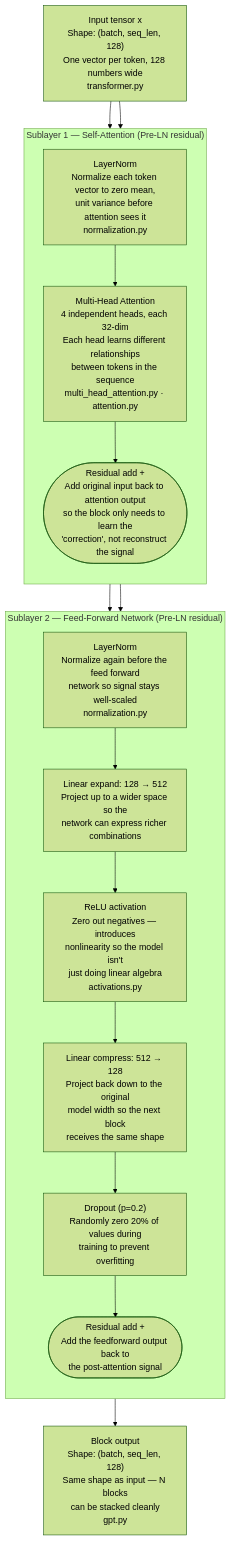
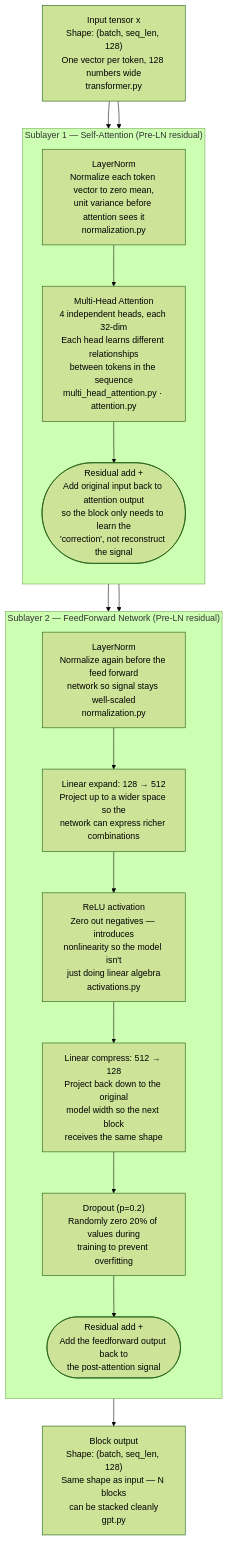
One commit to DasEd955/tunerdesign-gpt changed the second of 4 diagrams in README.md. Above: the diagram before and after it, drawn with Mermaid (forest theme).

````diff
--- a/README.md
+++ b/README.md
@@ -188,31 +188,31 @@
 ```mermaid
 flowchart TD
     IN["Input tensor x\nShape: (batch, seq_len, 128)\nOne vector per token, 128 numbers wide\ntransformer.py"]
 
     subgraph SUBLAYER1["Sublayer 1 — Self-Attention (Pre-LN residual)"]
         direction TB
         LN1["LayerNorm\nNormalize each token vector to zero mean,\nunit variance before attention sees it\nnormalization.py"]
         MHA["Multi-Head Attention\n4 independent heads, each 32-dim\nEach head learns different relationships\nbetween tokens in the sequence\nmulti_head_attention.py · attention.py"]
         ADD1(["Residual add +\nAdd original input back to attention output\nso the block only needs to learn the\n'correction', not reconstruct the signal"])
         LN1 --> MHA --> ADD1
     end
 
-    subgraph SUBLAYER2["Sublayer 2 — Feed-Forward Network (Pre-LN residual)"]
+    subgraph SUBLAYER2["Sublayer 2 — FeedForward Network (Pre-LN residual)"]
         direction TB
         LN2["LayerNorm\nNormalize again before the feed forward\nnetwork so signal stays well-scaled\nnormalization.py"]
         FF1["Linear expand: 128 → 512\nProject up to a wider space so the\nnetwork can express richer combinations"]
         ACT["ReLU activation\nZero out negatives — introduces\nnonlinearity so the model isn't\njust doing linear algebra\nactivations.py"]
         FF2["Linear compress: 512 → 128\nProject back down to the original\nmodel width so the next block\nreceives the same shape"]
         DROP["Dropout (p=0.2)\nRandomly zero 20% of values during\ntraining to prevent overfitting"]
         ADD2(["Residual add +\nAdd the feedforward output back to\nthe post-attention signal"])
         LN2 --> FF1 --> ACT --> FF2 --> DROP --> ADD2
     end
 
     OUT["Block output\nShape: (batch, seq_len, 128)\nSame shape as input — N blocks\ncan be stacked cleanly\ngpt.py"]
 
     IN --> SUBLAYER1
     IN --> ADD1
     ADD1 --> SUBLAYER2
     ADD1 --> ADD2
     ADD2 --> OUT
 ```
````
